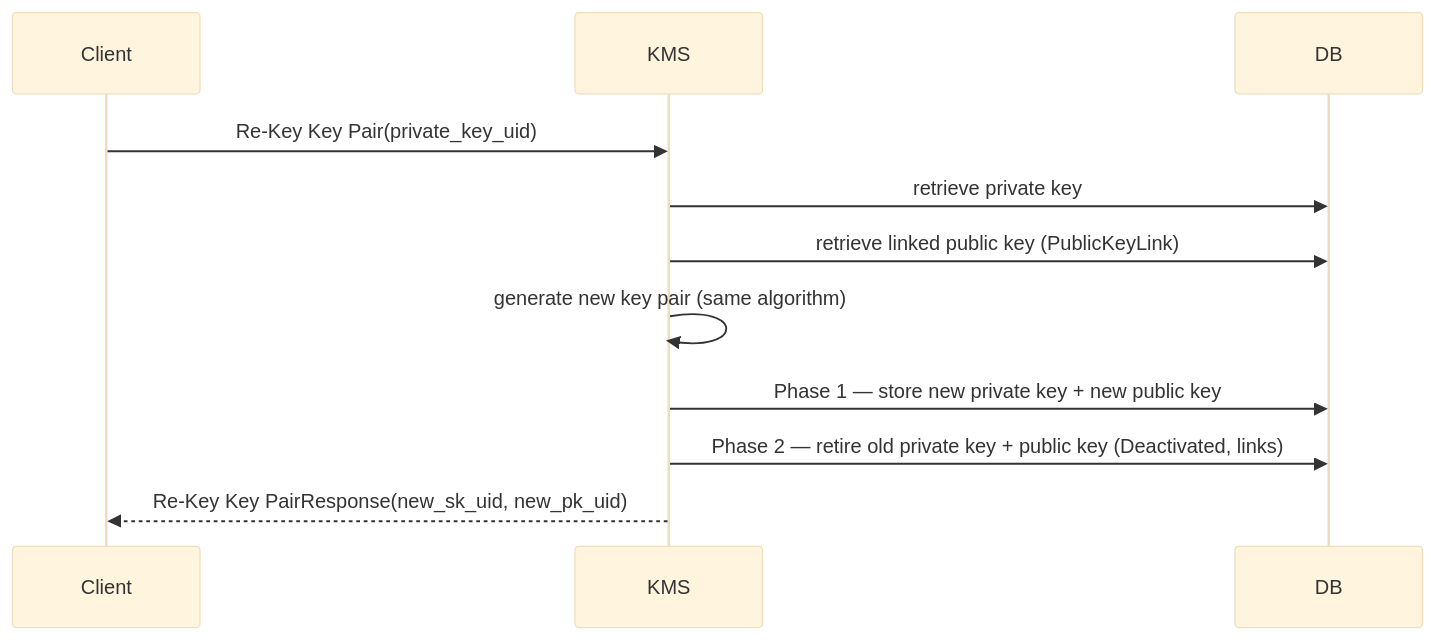
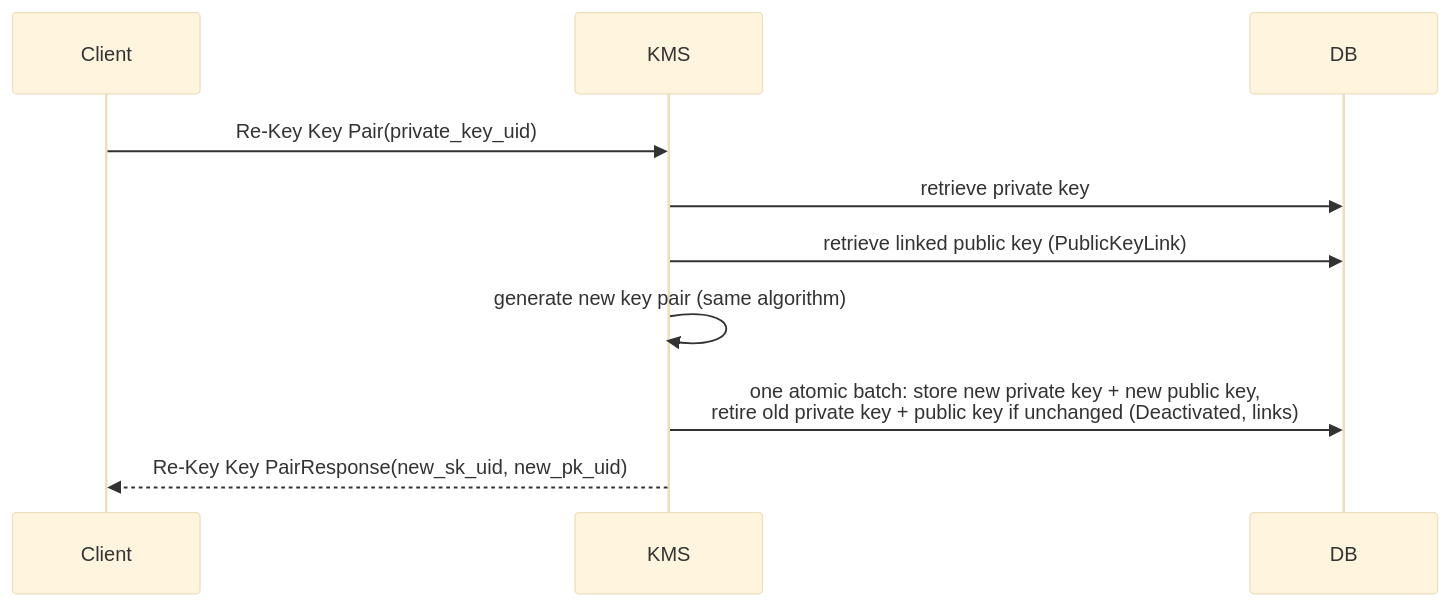
The fourth of 6 diagrams in documentation/docs/kmip_support/key_rotation/index.md (Cosmian/kms), drawn with Mermaid (base theme) before and after one commit. The commit also changed other lines of this file and 3 other files, not shown here.

````diff
--- a/documentation/docs/kmip_support/key_rotation/index.md
+++ b/documentation/docs/kmip_support/key_rotation/index.md
@@ -328,14 +332,13 @@
 ```mermaid
 sequenceDiagram
     participant Client
     participant KMS
     participant DB
 
     Client->>KMS: Re-Key Key Pair(private_key_uid)
     KMS->>DB: retrieve private key
     KMS->>DB: retrieve linked public key (PublicKeyLink)
     KMS->>KMS: generate new key pair (same algorithm)
-    KMS->>DB: Phase 1 — store new private key + new public key
-    KMS->>DB: Phase 2 — retire old private key + public key (Deactivated, links)
+    KMS->>DB: one atomic batch: store new private key + new public key,<br/>retire old private key + public key if unchanged (Deactivated, links)
     KMS-->>Client: Re-Key Key PairResponse(new_sk_uid, new_pk_uid)
 ```
````
